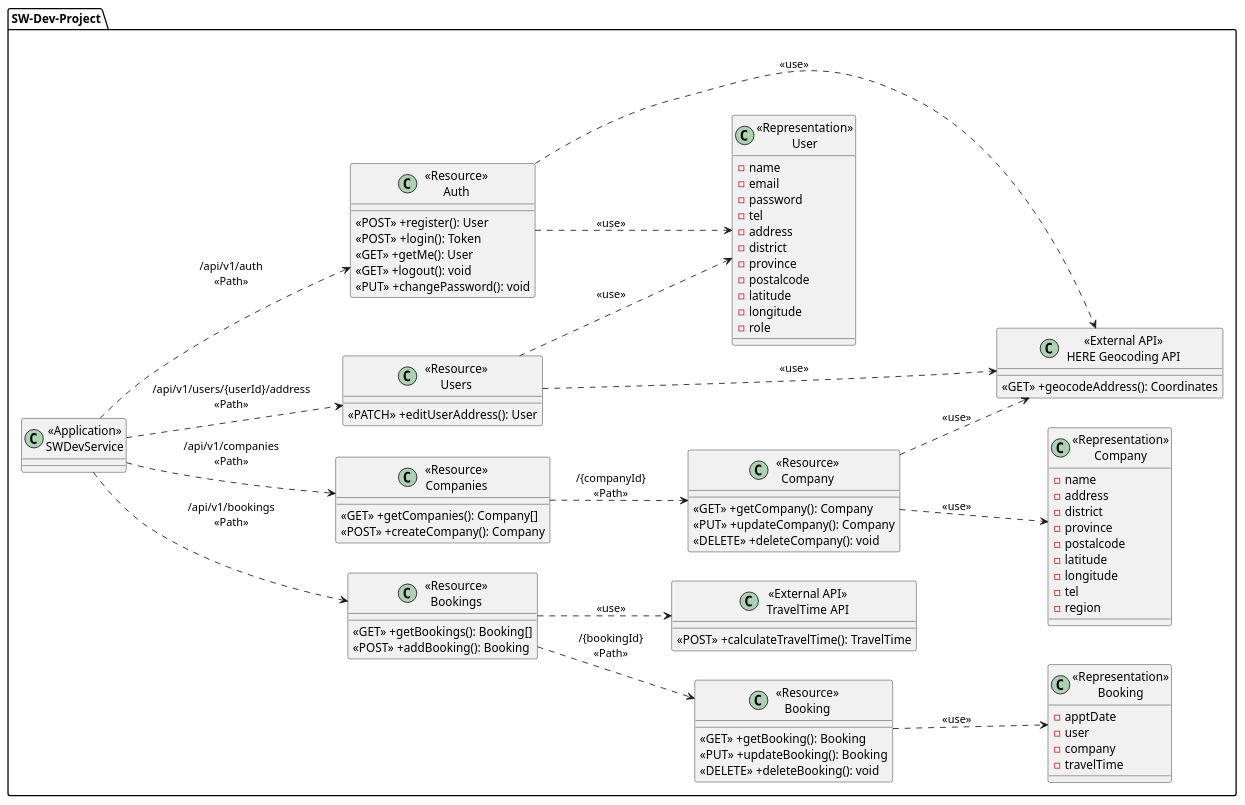
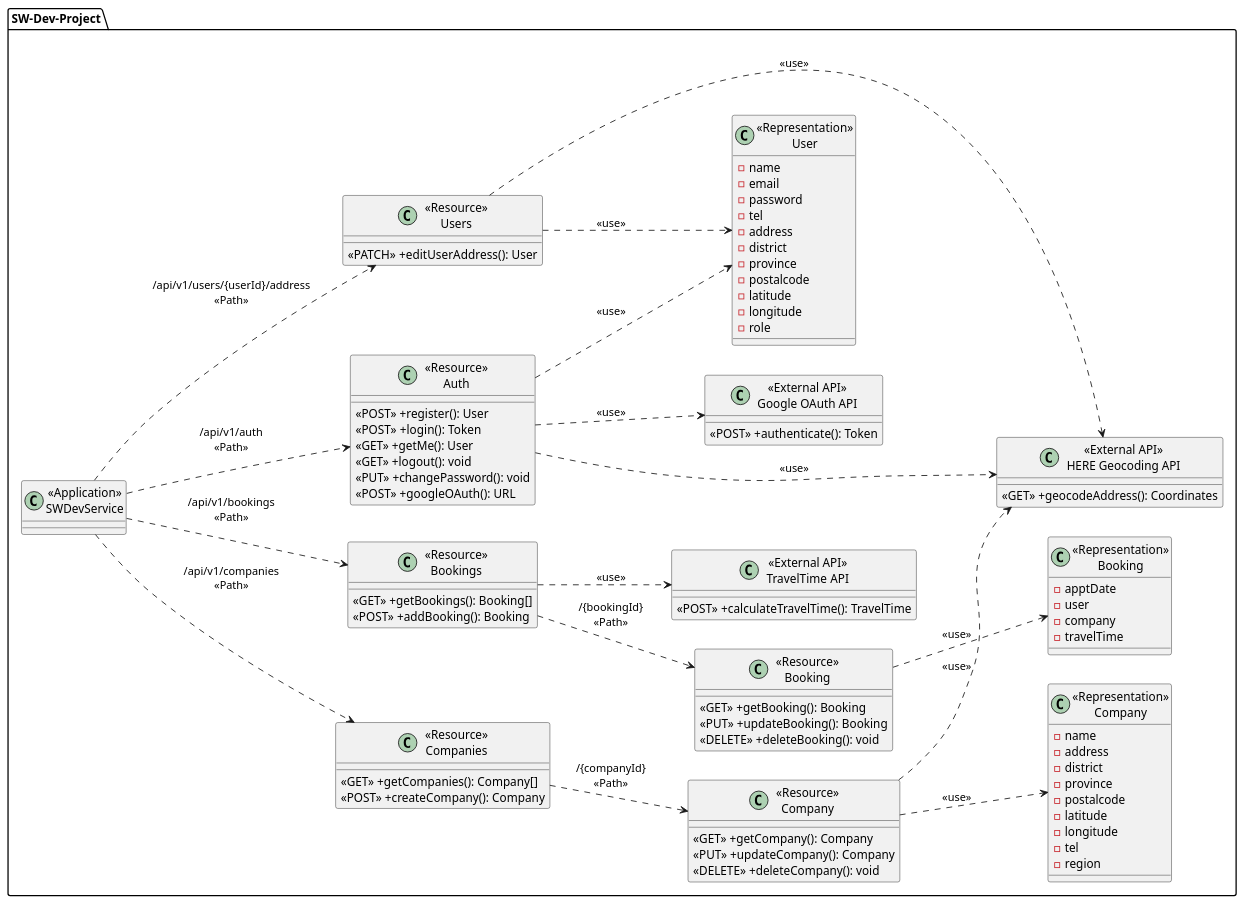
The diagram in project_documents/10UMLAPIDiagram.puml (Silvesztre/SW-Dev-Project), drawn with PlantUML before and after one commit.

Commit message:
add Google OAuth endpoints to UML diagram

```diff
--- a/project_documents/10UMLAPIDiagram.puml
+++ b/project_documents/10UMLAPIDiagram.puml
@@ -1,101 +1,107 @@
 @startuml
 left to right direction
 package "SW-Dev-Project" {
     class "<<Application>>\nSWDevService" as SWDevService {}
 
     class "<<Resource>>\nCompanies" as ResourceCompanies {
         <<GET>> +getCompanies(): Company[]
         <<POST>> +createCompany(): Company
     }
 
     class "<<Resource>>\nCompany" as ResourceCompany {
         <<GET>> +getCompany(): Company
         <<PUT>> +updateCompany(): Company
         <<DELETE>> +deleteCompany(): void
     }
 
     class "<<Resource>>\nBookings" as ResourceBookings {
         <<GET>> +getBookings(): Booking[]
         <<POST>> +addBooking(): Booking
     }
 
     class "<<Resource>>\nBooking" as ResourceBooking {
         <<GET>> +getBooking(): Booking
         <<PUT>> +updateBooking(): Booking
         <<DELETE>> +deleteBooking(): void
     }
 
     class "<<Resource>>\nAuth" as ResourceAuth {
         <<POST>> +register(): User
         <<POST>> +login(): Token
         <<GET>> +getMe(): User
         <<GET>> +logout(): void
         <<PUT>> +changePassword(): void
+        <<POST>> +googleOAuth(): URL
     }
 
     class "<<Resource>>\nUsers" as ResourceUsers {
         <<PATCH>> +editUserAddress(): User
     }
 
     class "<<Representation>>\nCompany" as RepresentationCompany {
         -name
         -address
         -district
         -province
         -postalcode
         -latitude
         -longitude
         -tel
         -region
     }
 
     class "<<Representation>>\nBooking" as RepresentationBooking {
         -apptDate
         -user
         -company
         -travelTime
     }
 
     class "<<Representation>>\nUser" as RepresentationUser {
         -name
         -email
         -password
         -tel
         -address
         -district
         -province
         -postalcode
         -latitude
         -longitude
         -role
     }
 
     class "<<External API>>\nHERE Geocoding API" as HereGeocodingAPI {
         <<GET>> +geocodeAddress(): Coordinates
     }
 
     class "<<External API>>\nTravelTime API" as TravelTimeAPI {
         <<POST>> +calculateTravelTime(): TravelTime
     }
+
+    class "<<External API>>\nGoogle OAuth API" as GoogleOAuthAPI {
+        <<POST>> +authenticate(): Token
+    }
 }
 
 SWDevService ..> ResourceCompanies: "/api/v1/companies\n<<Path>>"
 ResourceCompanies ..> ResourceCompany: "/{companyId}\n<<Path>>"
 ResourceCompany ..> RepresentationCompany: "<<use>>"
 
 SWDevService ..> ResourceBookings: "/api/v1/bookings\n<<Path>>"
 ResourceBookings ..> ResourceBooking: "/{bookingId}\n<<Path>>"
 ResourceBooking ..> RepresentationBooking: "<<use>>"
 
 SWDevService ..> ResourceAuth: "/api/v1/auth\n<<Path>>"
 ResourceAuth ..> RepresentationUser: "<<use>>"
+ResourceAuth ..> GoogleOAuthAPI: "<<use>>"
 
 SWDevService ..> ResourceUsers: "/api/v1/users/{userId}/address\n<<Path>>"
 ResourceUsers ..> RepresentationUser: "<<use>>"
 
 ResourceCompany ..> HereGeocodingAPI: "<<use>>"
 ResourceUsers ..> HereGeocodingAPI: "<<use>>"
 ResourceAuth ..> HereGeocodingAPI: "<<use>>"
 ResourceBookings ..> TravelTimeAPI: "<<use>>"
 
 @enduml
```
